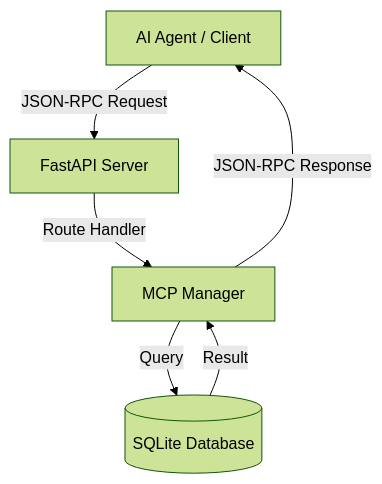
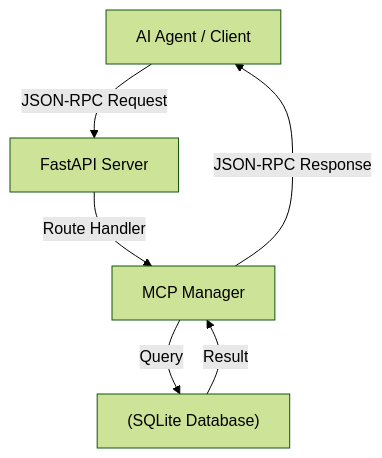
The first of 20 diagrams in genai_enterprise_usecases/ARCHITECTURE_GUIDE.md (sricheru/agentic-ai-portfolio), drawn with Mermaid (forest theme) before and after one commit. The commit also changed other lines of this file, not shown here.

Commit message:
fix(docs): resolve GitHub Mermaid syntax errors in architecture guide

````diff
--- a/genai_enterprise_usecases/ARCHITECTURE_GUIDE.md
+++ b/genai_enterprise_usecases/ARCHITECTURE_GUIDE.md
@@ -11,8 +11,8 @@
 ```mermaid
 graph TD
-    Client[AI Agent / Client] -->|JSON-RPC Request| API[FastAPI Server]
+    Client["AI Agent / Client"] -->|JSON-RPC Request| API[FastAPI Server]
     API -->|Route Handler| Manager[MCP Manager]
-    Manager -->|Query| DB[(SQLite Database)]
+    Manager -->|Query| DB["(SQLite Database)"]
     DB -->|Result| Manager
     Manager -->|JSON-RPC Response| Client
 ```
````
